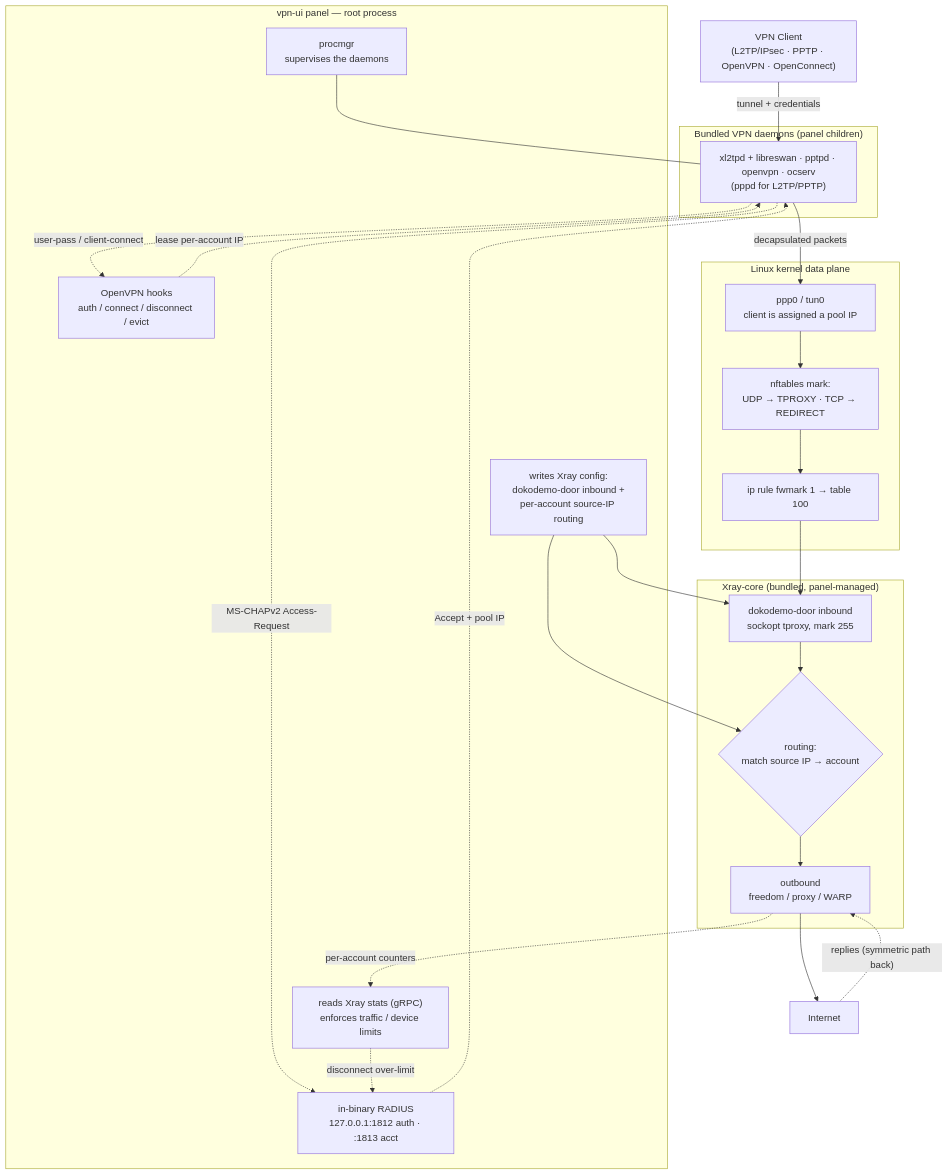
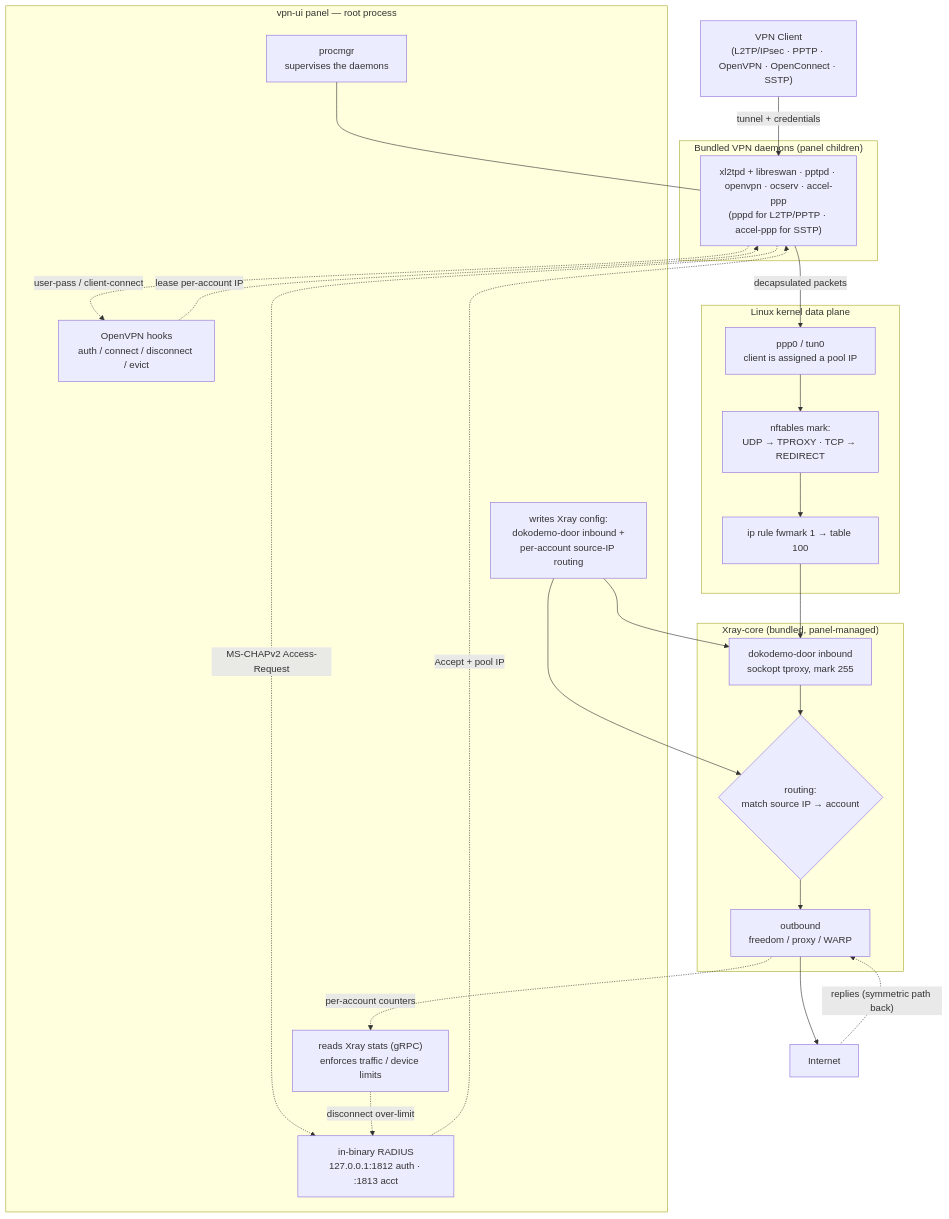
One commit to amirkdzl73-pixel/vpn-ui changed the diagram in README.md. Above: the diagram before and after it, drawn with Mermaid. The commit also changed other lines of this file and 8 other files, not shown here.

Commit message:
docs: add SSTP to all READMEs (protocol list, data-plane flowchart, E2E --tests) + refresh screenshots

````diff
--- a/README.md
+++ b/README.md
@@ -75,50 +76,50 @@
 ```mermaid
 flowchart TB
-  Client["VPN Client<br/>(L2TP/IPsec · PPTP · OpenVPN · OpenConnect)"]
+  Client["VPN Client<br/>(L2TP/IPsec · PPTP · OpenVPN · OpenConnect · SSTP)"]
 
   subgraph PANEL["vpn-ui panel — root process"]
     PROC["procmgr<br/>supervises the daemons"]
     RAD["in-binary RADIUS<br/>127.0.0.1:1812 auth · :1813 acct"]
     HOOK["OpenVPN hooks<br/>auth / connect / disconnect / evict"]
     CONF["writes Xray config:<br/>dokodemo-door inbound +<br/>per-account source-IP routing"]
     STAT["reads Xray stats (gRPC)<br/>enforces traffic / device limits"]
   end
 
   subgraph DAEMON["Bundled VPN daemons (panel children)"]
-    D["xl2tpd + libreswan · pptpd · openvpn · ocserv<br/>(pppd for L2TP/PPTP)"]
+    D["xl2tpd + libreswan · pptpd · openvpn · ocserv · accel-ppp<br/>(pppd for L2TP/PPTP · accel-ppp for SSTP)"]
   end
 
   subgraph KERNEL["Linux kernel data plane"]
     IFACE["ppp0 / tun0<br/>client is assigned a pool IP"]
     NFT["nftables mark:<br/>UDP → TPROXY · TCP → REDIRECT"]
     RULE["ip rule fwmark 1 → table 100"]
   end
 
   subgraph XRAY["Xray-core (bundled, panel-managed)"]
     DOKO["dokodemo-door inbound<br/>sockopt tproxy, mark 255"]
     ROUTE{"routing:<br/>match source IP → account"}
     OUT["outbound<br/>freedom / proxy / WARP"]
   end
 
   NET["Internet"]
 
   %% control plane
   Client -->|"tunnel + credentials"| D
   D -.->|"MS-CHAPv2 Access-Request"| RAD
   RAD -.->|"Accept + pool IP"| D
   D -.->|"user-pass / client-connect"| HOOK
   HOOK -.->|"lease per-account IP"| D
   PROC --- D
   CONF --> DOKO
   CONF --> ROUTE
 
   %% data plane
   D -->|"decapsulated packets"| IFACE
   IFACE --> NFT --> RULE --> DOKO
   DOKO --> ROUTE --> OUT --> NET
 
   %% accounting + return
   OUT -.->|"per-account counters"| STAT
   STAT -.->|"disconnect over-limit"| RAD
   NET -.->|"replies (symmetric path back)"| OUT
 ```
````
